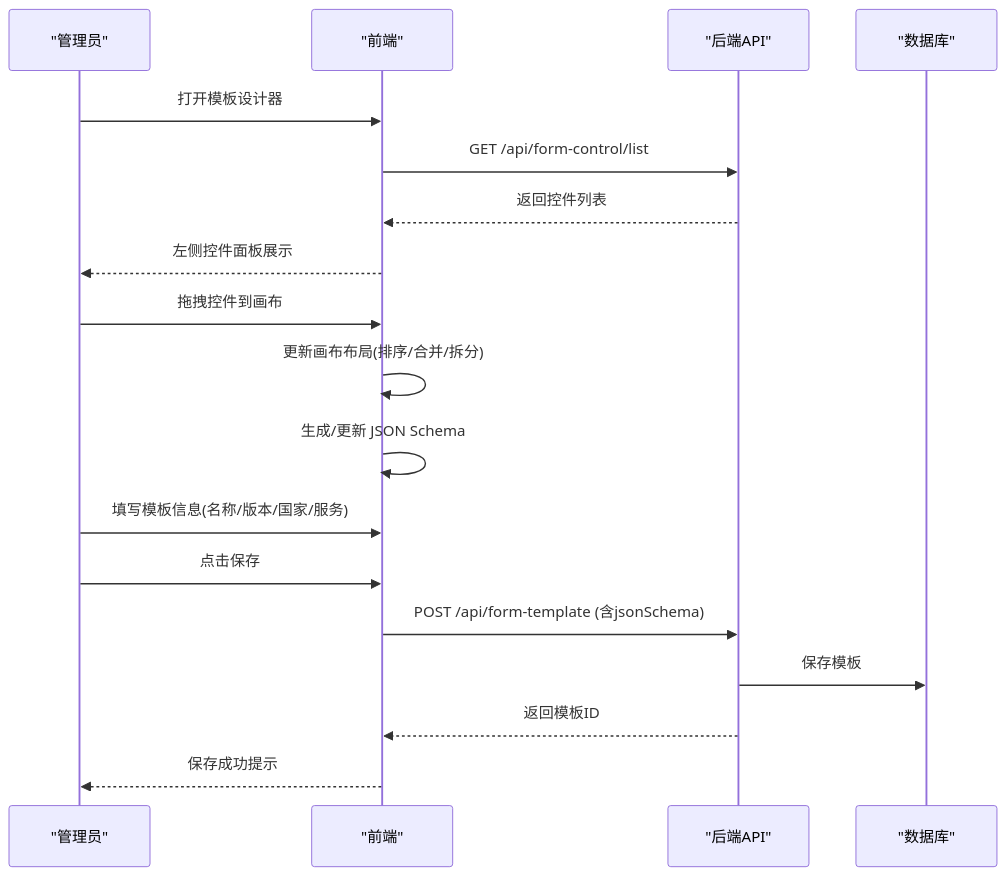
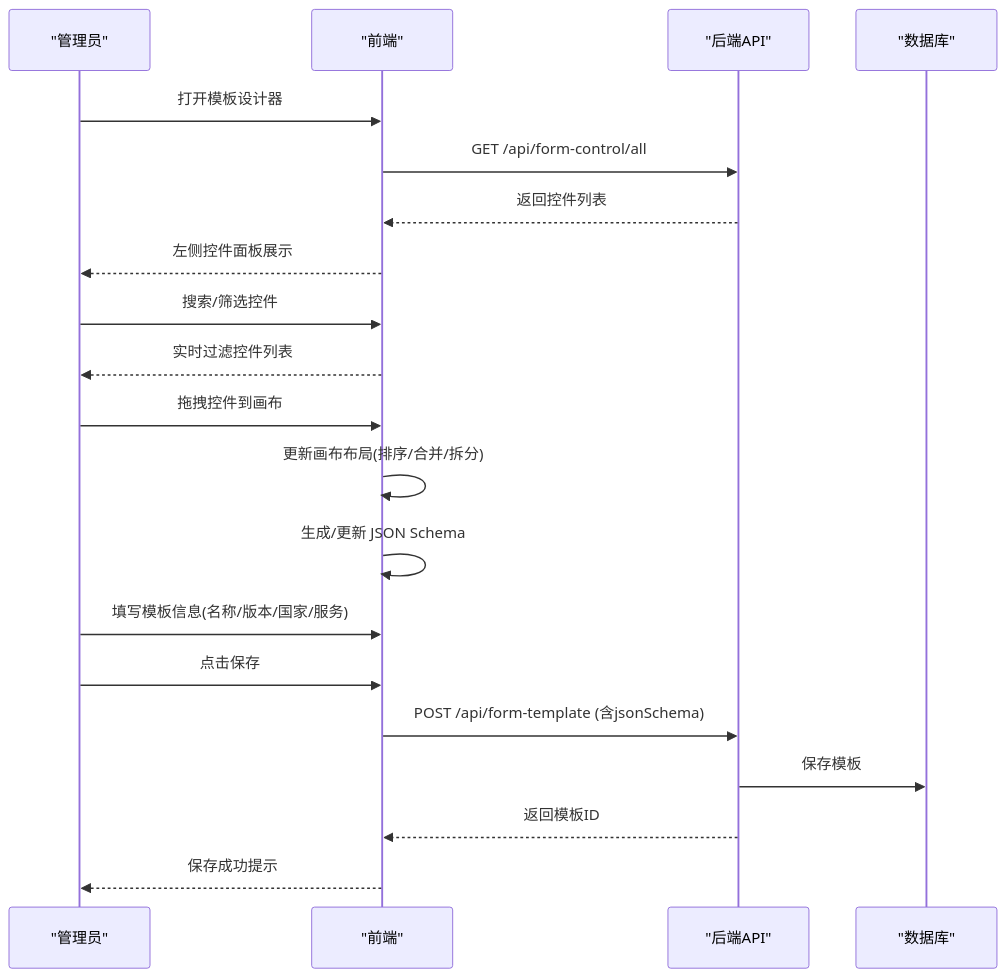
The second of 9 diagrams in .qoder/repowiki/zh/content/前端架构设计/拖拽式表单设计器.md (NJMrLi/genetics), drawn with Mermaid before and after one commit. The commit also changed other lines of this file and 152 other files, not shown here.

````diff
--- a/.qoder/repowiki/zh/content/前端架构设计/拖拽式表单设计器.md
+++ b/.qoder/repowiki/zh/content/前端架构设计/拖拽式表单设计器.md
@@ -94,20 +110,22 @@
 ```mermaid
 sequenceDiagram
 participant Admin as "管理员"
 participant FE as "前端"
 participant API as "后端API"
 participant DB as "数据库"
 Admin->>FE : 打开模板设计器
-FE->>API : GET /api/form-control/list
+FE->>API : GET /api/form-control/all
 API-->>FE : 返回控件列表
 FE-->>Admin : 左侧控件面板展示
+Admin->>FE : 搜索/筛选控件
+FE-->>Admin : 实时过滤控件列表
 Admin->>FE : 拖拽控件到画布
 FE->>FE : 更新画布布局(排序/合并/拆分)
 FE->>FE : 生成/更新 JSON Schema
 Admin->>FE : 填写模板信息(名称/版本/国家/服务)
 Admin->>FE : 点击保存
 FE->>API : POST /api/form-template (含jsonSchema)
 API->>DB : 保存模板
 API-->>FE : 返回模板ID
 FE-->>Admin : 保存成功提示
 ```
````
